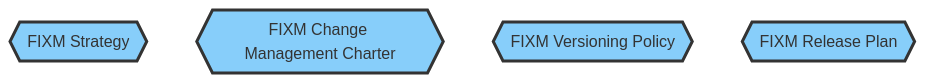
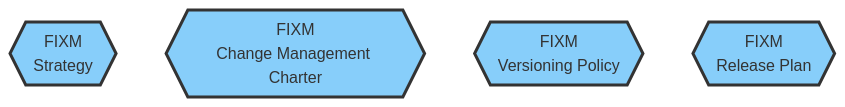
The diagram in docs/home.md (hlepori/test_docsify), drawn with Mermaid before and after one commit.

````diff
--- a/docs/home.md
+++ b/docs/home.md
@@ -9,14 +9,14 @@
 ```mermaid
 graph TD
-STRATEGY{{FIXM Strategy}}
-CHARTER{{FIXM Change Management Charter}}
-VERSIONING{{FIXM Versioning Policy}}
-RELEASEPLAN{{FIXM Release Plan}}
+STRATEGY{{FIXM<br>Strategy}}
+CHARTER{{FIXM<br>Change Management Charter}}
+VERSIONING{{FIXM<br>Versioning Policy}}
+RELEASEPLAN{{FIXM<br>Release Plan}}
 
 style STRATEGY fill:#87CEFA,stroke:#333,stroke-width:3px
 style CHARTER fill:#87CEFA,stroke:#333,stroke-width:3px
 style VERSIONING fill:#87CEFA,stroke:#333,stroke-width:3px
 style RELEASEPLAN fill:#87CEFA,stroke:#333,stroke-width:3px
 
 click STRATEGY "https://ost.eurocontrol.int/sites/FIXM/Lists/Bug%20reports/AllItems.aspx" "Go to the FIXM Strategy" _blank
 ```
````
